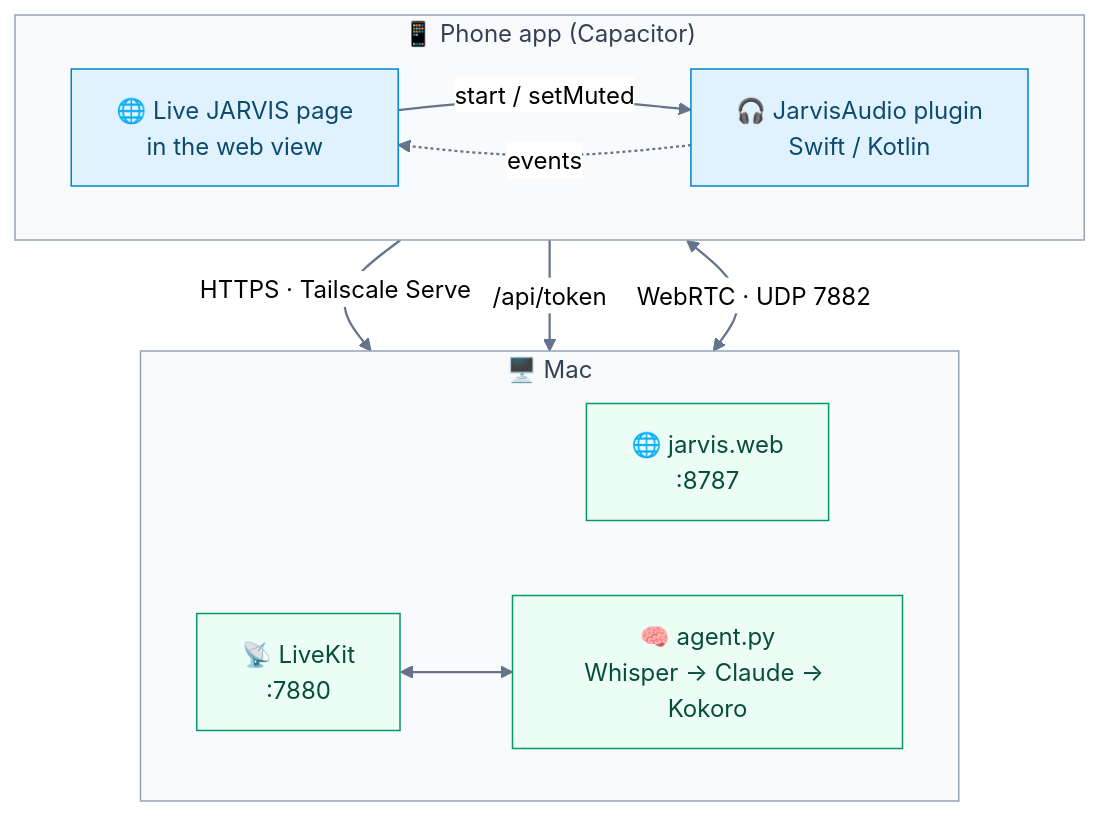
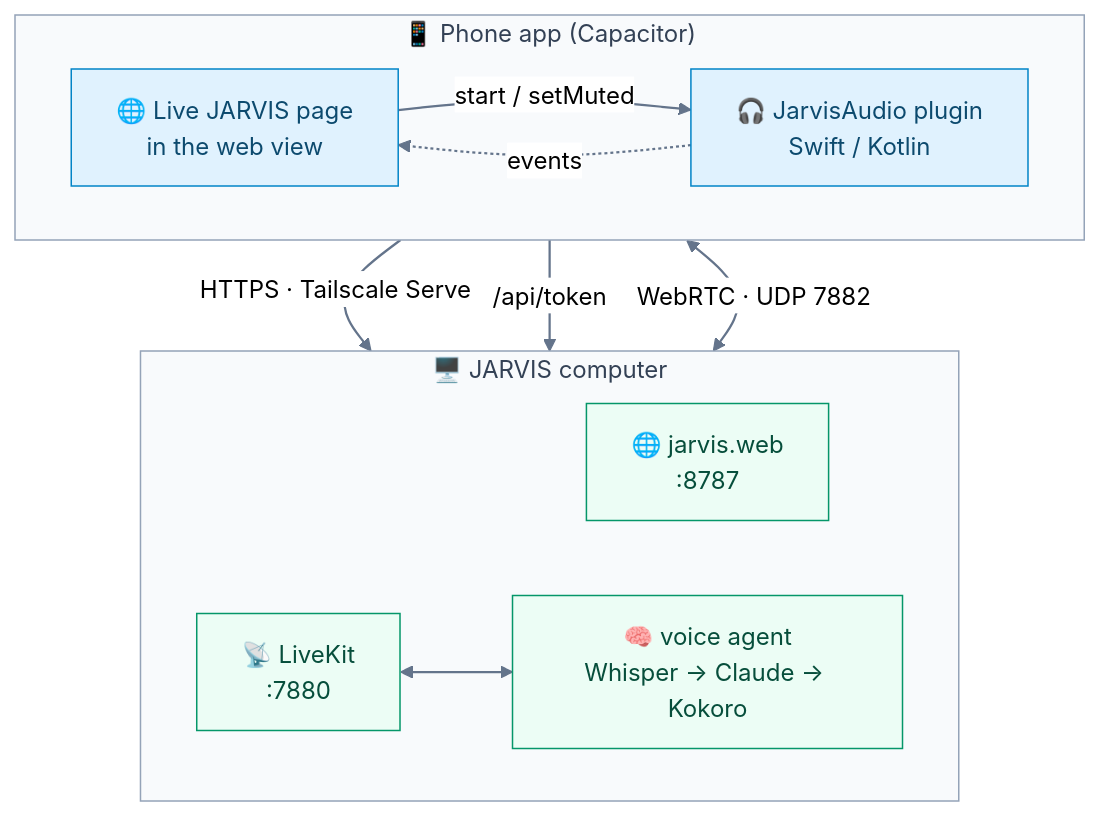
Before and after one commit to anilkumarmeena/alfred-app: the diagram in README.md, drawn with Mermaid (neutral theme). The commit also changed other lines of this file and 9 other files, not shown here.

````diff
--- a/README.md
+++ b/README.md
@@ -115,27 +116,27 @@
 ```mermaid
 flowchart TB
     subgraph Phone["📱 Phone app (Capacitor)"]
         direction LR
         Page["🌐 Live JARVIS page<br/>in the web view"]
         Plugin["🎧 JarvisAudio plugin<br/>Swift / Kotlin"]
     end
-    subgraph Mac["🖥️ Mac"]
+    subgraph Computer["🖥️ JARVIS computer"]
         direction LR
         Web["🌐 jarvis.web<br/>:8787"]
         LK["📡 LiveKit<br/>:7880"]
-        Agent["🧠 agent.py<br/>Whisper → Claude → Kokoro"]
+        Agent["🧠 voice agent<br/>Whisper → Claude → Kokoro"]
     end
     Page -->|"start / setMuted"| Plugin
     Plugin -.->|events| Page
     Page -->|"HTTPS · Tailscale Serve"| Web
     Plugin -->|"/api/token"| Web
     Plugin <-->|"WebRTC · UDP 7882"| LK
     LK <--> Agent
     linkStyle default stroke:#64748b,stroke-width:1.5px
     classDef you fill:#e0f2fe,stroke:#0284c7,color:#0c4a6e
     classDef mac fill:#ecfdf5,stroke:#059669,color:#064e3b
     class Page,Plugin you
     class Web,LK,Agent mac
     style Phone fill:#f8fafc,stroke:#94a3b8,color:#334155
-    style Mac fill:#f8fafc,stroke:#94a3b8,color:#334155
+    style Computer fill:#f8fafc,stroke:#94a3b8,color:#334155
 ```
````
